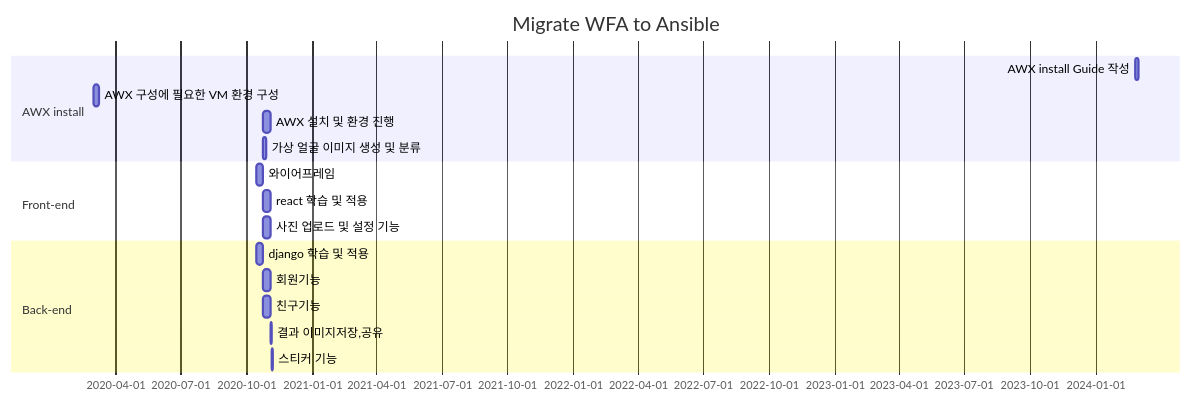
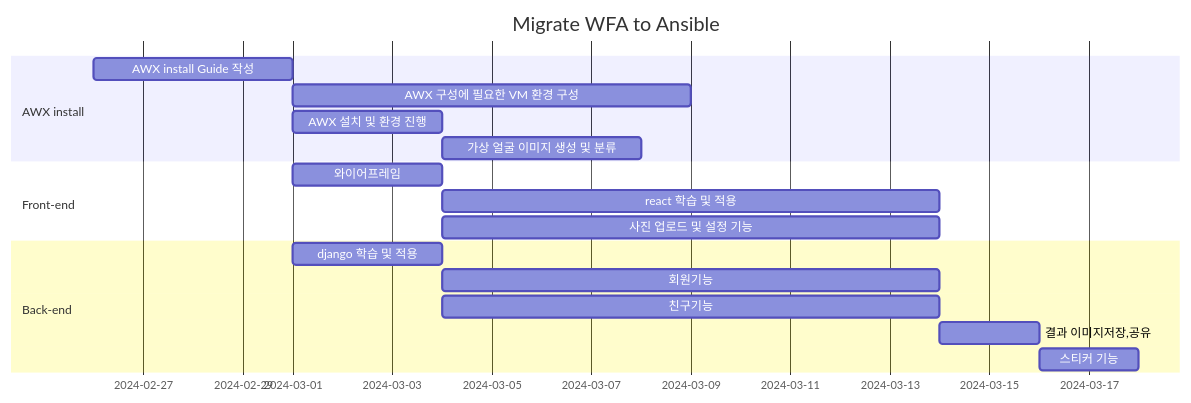
The diagram in SKHynics/Readme.md (netappkr/AnsiblePlaybook), drawn with Mermaid before and after one commit. The commit also changed other lines of this file and 1 other file, not shown here.

````diff
--- a/SKHynics/Readme.md
+++ b/SKHynics/Readme.md
@@ -34,22 +35,22 @@
 ```mermaid
 gantt
     title Migrate WFA to Ansible
     dateFormat  YYYY-MM-DD
     section AWX install
     AWX install Guide 작성  : a1, 2024-02-26, 4d
-    AWX 구성에 필요한 VM 환경 구성  : 2020-03-01, 8d
-    AWX 설치 및 환경 진행 : after a1, 10d
+    AWX 구성에 필요한 VM 환경 구성  : a2, 2024-03-01, 8d
+    AWX 설치 및 환경 진행 : a3, 2024-03-01, 3d
     가상 얼굴 이미지 생성 및 분류 : after a1, 4d
 
     section Front-end
-    와이어프레임     :a1,2020-10-14  , 10d
+    와이어프레임     :a1, 2024-03-01, 3d
     react 학습 및 적용 : after a1,  10d
     사진 업로드 및 설정 기능 :after a1 , 10d
 
     section Back-end
-    django 학습 및 적용 : a1,2020-10-14 , 10d
+    django 학습 및 적용 : a1,2024-03-01, 3d
     회원기능      :a2,after a1 , 10d
     친구기능      :after a1  ,10d
     결과 이미지저장,공유  : a3,after a2, 2d
     스티커 기능  : a4,after a3, 2d
 ```
````
